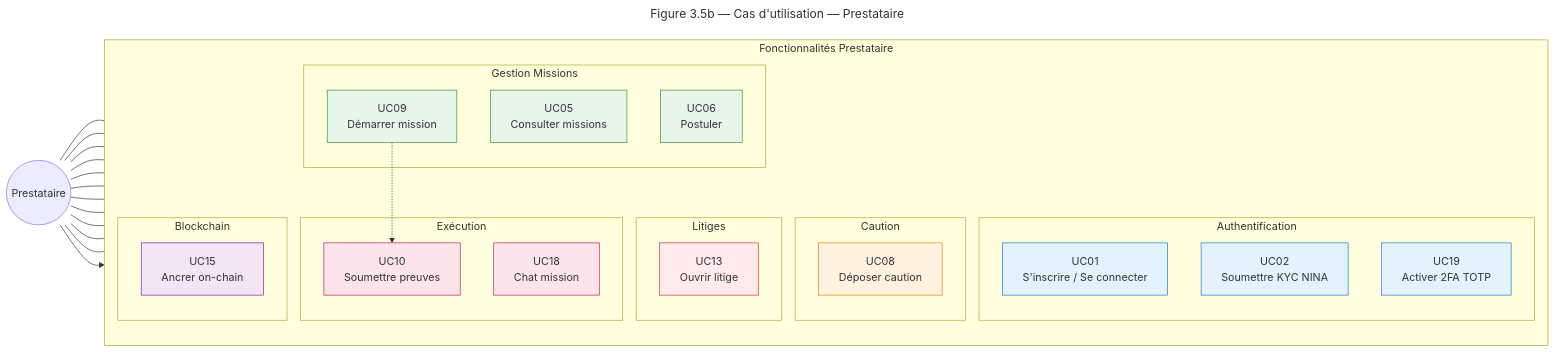
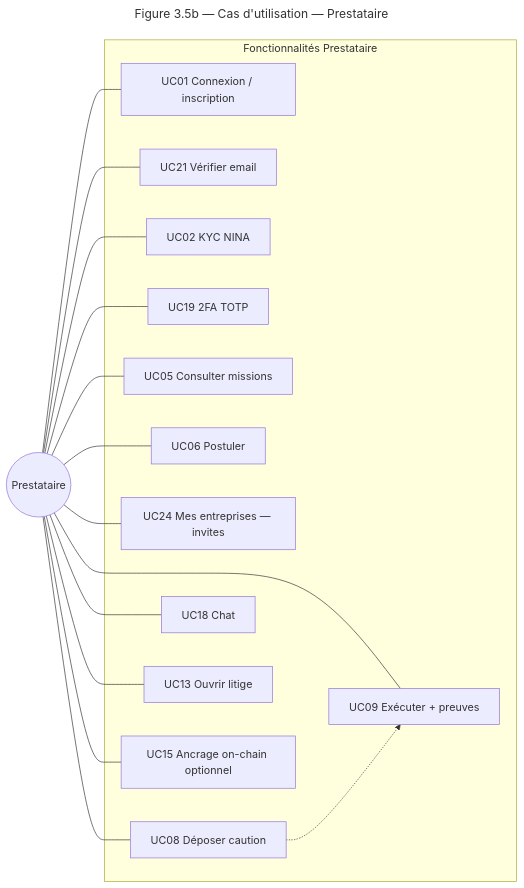
Before and after one commit to assourita/BloctaskMali: the diagram in rapport memoire/mermaid/04-cas-utilisation-prestataire.mmd, drawn with Mermaid. The commit also changed 16 other files, not shown here.

First line of the commit message:
docs: refresh UML/C4/sequence diagrams; fix provider mission status types

```diff
--- a/rapport memoire/mermaid/04-cas-utilisation-prestataire.mmd
+++ b/rapport memoire/mermaid/04-cas-utilisation-prestataire.mmd
@@ -1,59 +1,23 @@
 ---
 title: Figure 3.5b — Cas d'utilisation — Prestataire
 ---
 flowchart LR
-    P((Prestataire)) --> BlockTask["Système BlockTask"]
-    
+    P((Prestataire))
+
     subgraph BlockTask["Fonctionnalités Prestataire"]
-        direction TB
-        
-        subgraph Auth["Authentification"]
-            UC01["UC01<br/>S'inscrire / Se connecter"]
-            UC02["UC02<br/>Soumettre KYC NINA"]
-            UC19["UC19<br/>Activer 2FA TOTP"]
-        end
-        
-        subgraph Mission["Gestion Missions"]
-            UC05["UC05<br/>Consulter missions"]
-            UC06["UC06<br/>Postuler"]
-            UC09["UC09<br/>Démarrer mission"]
-        end
-        
-        subgraph Payment["Caution"]
-            UC08["UC08<br/>Déposer caution"]
-        end
-        
-        subgraph Execution["Exécution"]
-            UC10["UC10<br/>Soumettre preuves"]
-            UC18["UC18<br/>Chat mission"]
-        end
-        
-        subgraph Litiges["Litiges"]
-            UC13["UC13<br/>Ouvrir litige"]
-        end
-        
-        subgraph Blockchain["Blockchain"]
-            UC15["UC15<br/>Ancrer on-chain"]
-        end
+        UC01["UC01 Connexion / inscription"]
+        UC21["UC21 Vérifier email"]
+        UC02["UC02 KYC NINA"]
+        UC19["UC19 2FA TOTP"]
+        UC05["UC05 Consulter missions"]
+        UC06["UC06 Postuler"]
+        UC24["UC24 Mes entreprises — invites"]
+        UC08["UC08 Déposer caution"]
+        UC09["UC09 Exécuter + preuves"]
+        UC18["UC18 Chat"]
+        UC13["UC13 Ouvrir litige"]
+        UC15["UC15 Ancrage on-chain optionnel"]
     end
-    
-    %% Liens
-    P --- UC01 & UC02 & UC05 & UC06 & UC08 & UC09 & UC10 & UC13 & UC15 & UC18 & UC19
-    
-    %% Dépendances
-    UC09 -.-> UC10
-    
-    %% Styles
-    classDef authBox fill:#e3f2fd,stroke:#1976d2
-    classDef missionBox fill:#e8f5e9,stroke:#388e3c
-    classDef paymentBox fill:#fff3e0,stroke:#f57c00
-    classDef executionBox fill:#fce4ec,stroke:#c2185b
-    classDef disputeBox fill:#ffebee,stroke:#d32f2f
-    classDef blockchainBox fill:#f3e5f5,stroke:#7b1fa2
-    
-    class UC01,UC02,UC19 authBox
-    class UC05,UC06,UC09 missionBox
-    class UC08 paymentBox
-    class UC10,UC18 executionBox
-    class UC13 disputeBox
-    class UC15 blockchainBox
+
+    P --- UC01 & UC21 & UC02 & UC19 & UC05 & UC06 & UC24 & UC08 & UC09 & UC18 & UC13 & UC15
+    UC08 -.-> UC09
```
